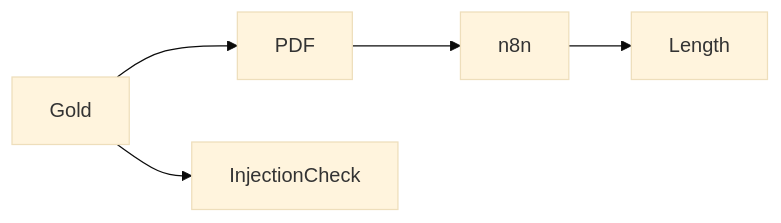
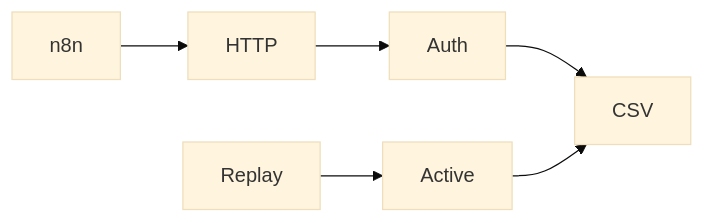
One commit to beyondalgorithms2026-source/Rescue_Diagnostic changed the diagram in .ai/REVIEW.md. Above: the diagram before and after it, drawn with Mermaid (base theme). The commit also changed other lines of this file and 7 other files, not shown here.

````diff
--- a/.ai/REVIEW.md
+++ b/.ai/REVIEW.md
@@ -10,3 +7,5 @@
 ```mermaid
-flowchart LR; Gold --> PDF --> n8n --> Length; Gold --> InjectionCheck
+flowchart LR
+n8n --> HTTP --> Auth --> CSV
+Replay --> Active --> CSV
 ```
````
